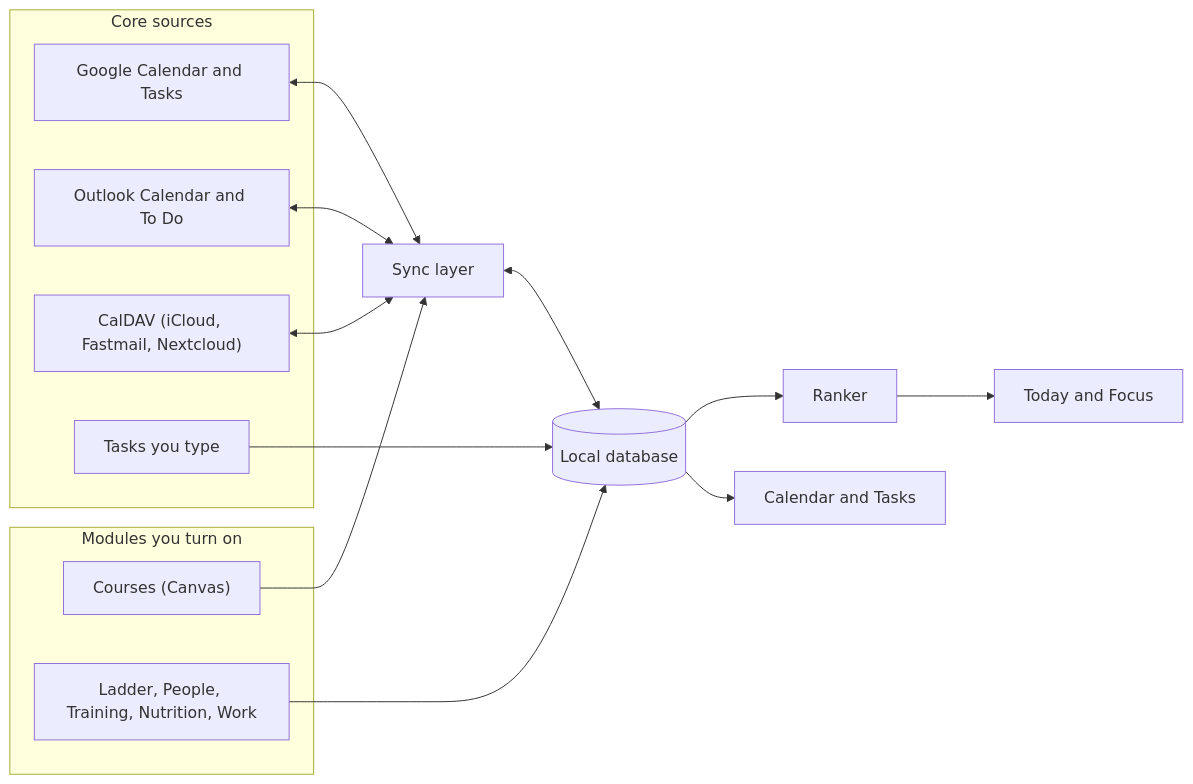
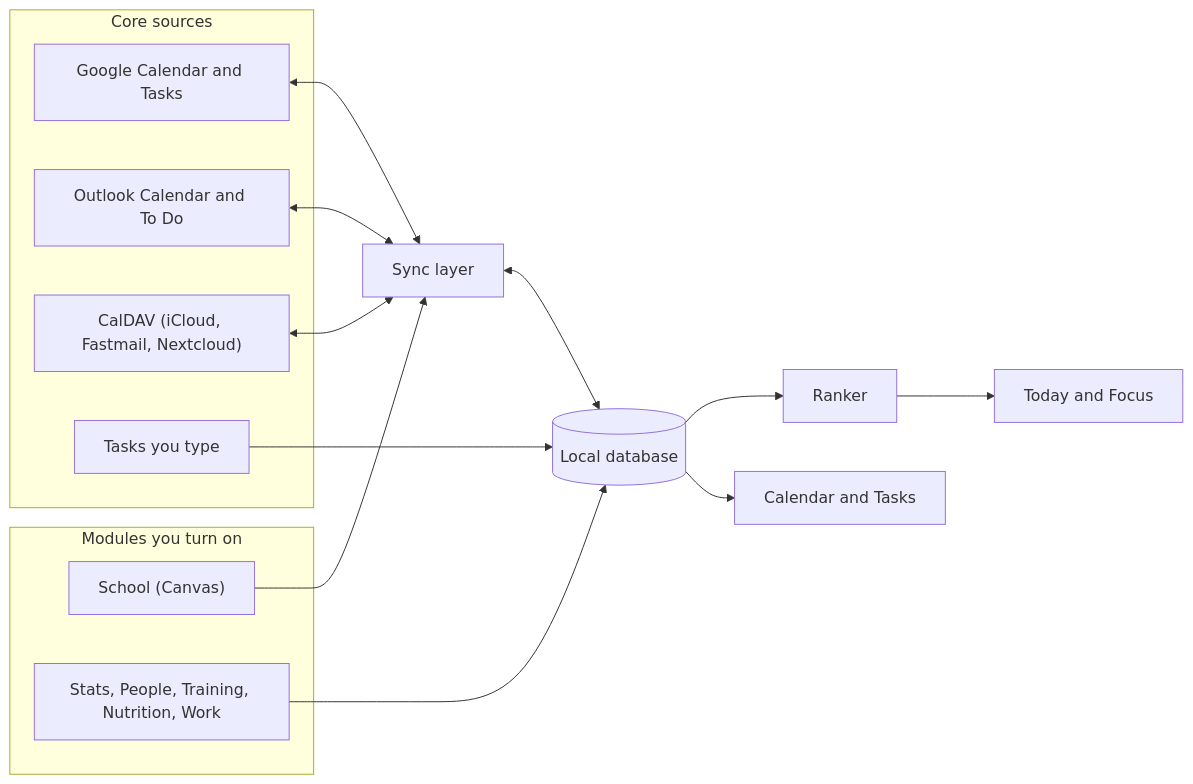
Before and after one commit to pockanoodles/erwin: the first of 5 diagrams in README.md, drawn with Mermaid. The commit also changed other lines of this file and 4 other files, not shown here.

First line of the commit message:
docs: the README calls the modules School and Stats, and the shots show today's app

````diff
--- a/README.md
+++ b/README.md
@@ -105,30 +105,30 @@
 ```mermaid
 flowchart LR
     subgraph Core["Core sources"]
         G["Google Calendar and Tasks"]
         O["Outlook Calendar and To Do"]
         C["CalDAV (iCloud, Fastmail, Nextcloud)"]
         M["Tasks you type"]
     end
     subgraph Mods["Modules you turn on"]
-        V["Courses (Canvas)"]
-        L["Ladder, People, Training, Nutrition, Work"]
+        V["School (Canvas)"]
+        L["Stats, People, Training, Nutrition, Work"]
     end
 
     S["Sync layer"]
     DB[("Local database")]
     R["Ranker"]
     T["Today and Focus"]
     K["Calendar and Tasks"]
 
     G <--> S
     O <--> S
     C <--> S
     V --> S
     M --> DB
     L --> DB
     S <--> DB
     DB --> R
     R --> T
     DB --> K
 ```
````
